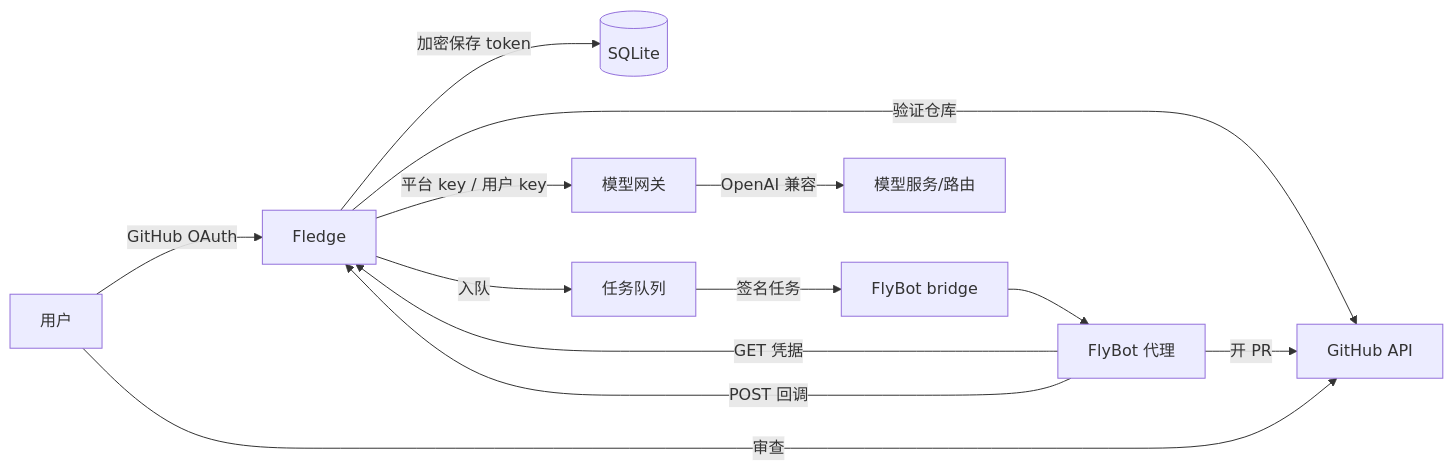
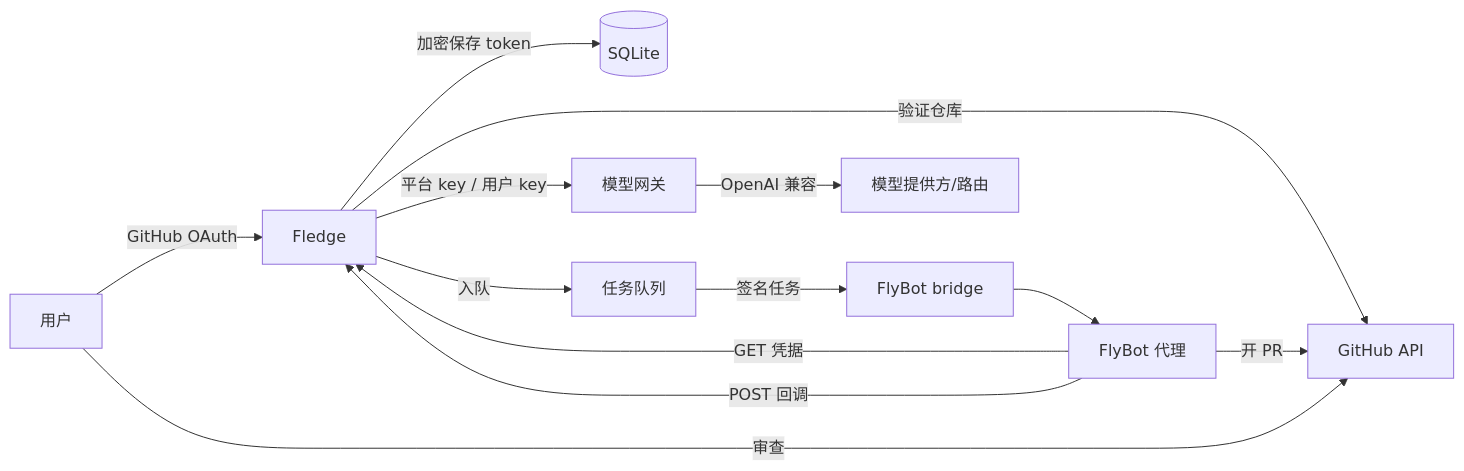
The diagram in README.zh.md (HugoXK/fledge), drawn with Mermaid before and after one commit. The commit also changed other lines of this file and 35 other files, not shown here.

````diff
--- a/README.zh.md
+++ b/README.zh.md
@@ -134,15 +134,15 @@
 ```mermaid
 flowchart LR
   U[用户] -->|GitHub OAuth| F[Fledge]
   F -->|加密保存 token| DB[(SQLite)]
   F -->|验证仓库| G[GitHub API]
   F -->|入队| J[任务队列]
   J -->|签名任务| B[FlyBot bridge]
   B --> A[FlyBot 代理]
   A -->|GET 凭据| F
   A -->|POST 回调| F
   A -->|开 PR| G
   F -->|平台 key / 用户 key| M[模型网关]
-  M -->|OpenAI 兼容| P[模型服务/路由]
+  M -->|OpenAI 兼容| P[模型提供方/路由]
   U -->|审查| G
 ```
````
